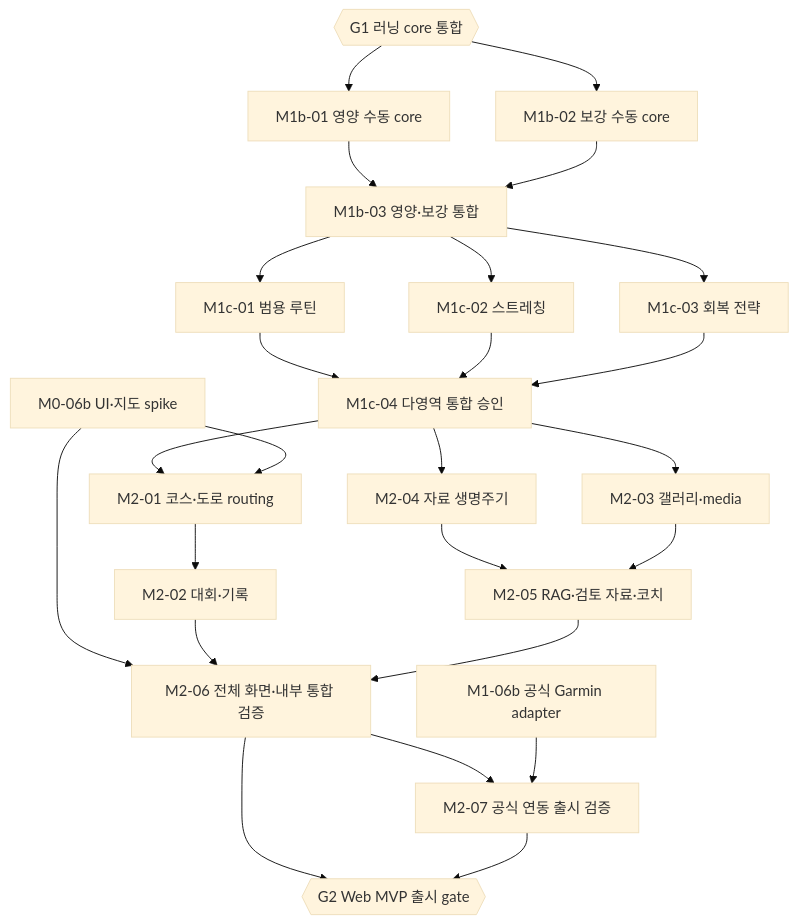
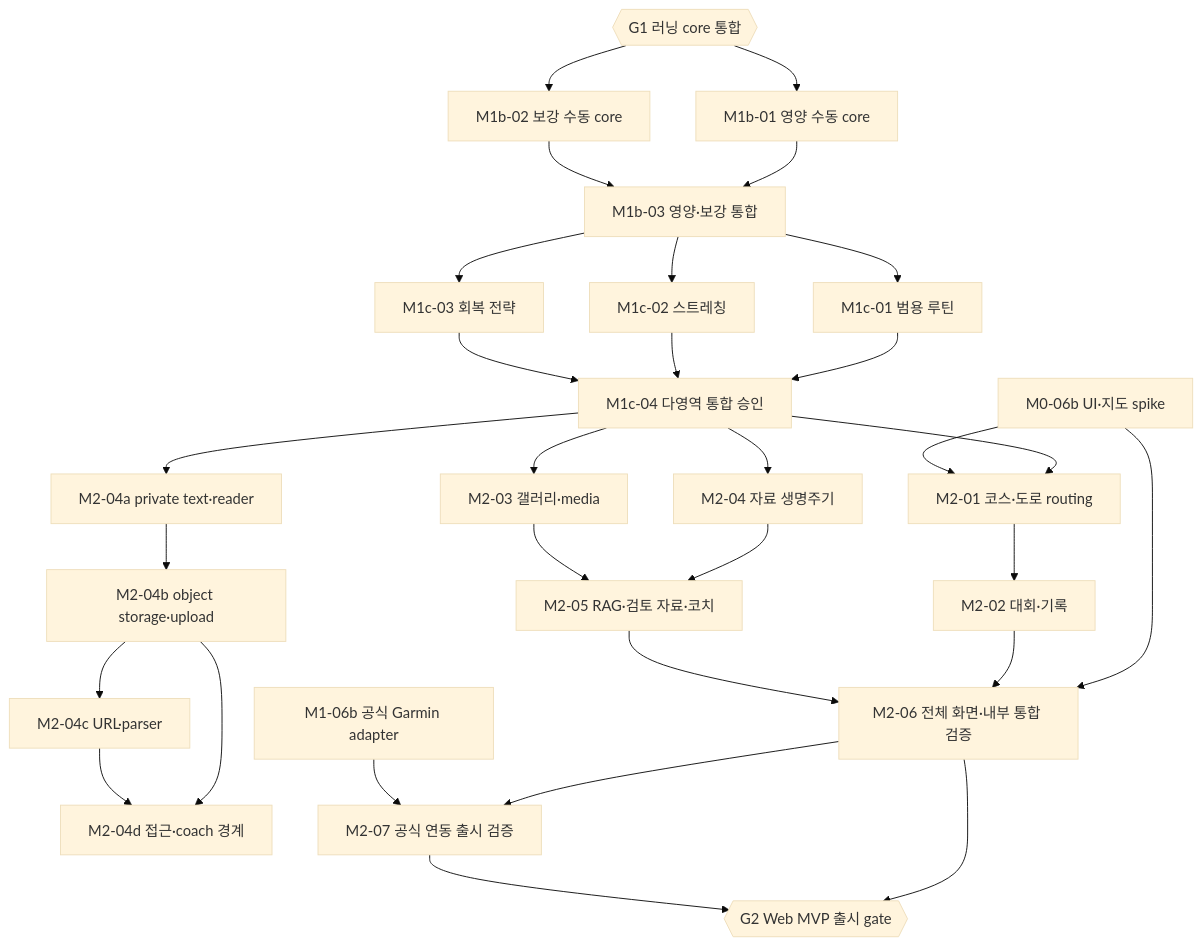
Before and after one commit to peacecheejecake/workout-manager: the second of 3 diagrams in docs/implementation/task-graph.md, drawn with Mermaid (base theme). The commit also changed other lines of this file and 53 other files, not shown here.

Commit message:
feat(resources): add private text resource lifecycle

````diff
--- a/docs/implementation/task-graph.md
+++ b/docs/implementation/task-graph.md
@@ -417,45 +419,54 @@
 ```mermaid
 flowchart TD
     task7["M0-06b UI·지도 spike"]
     task17["M1-06b 공식 Garmin adapter"]
     task18{{"G1 러닝 core 통합"}}
     task19["M1b-01 영양 수동 core"]
     task20["M1b-02 보강 수동 core"]
     task21["M1b-03 영양·보강 통합"]
     task22["M1c-01 범용 루틴"]
     task23["M1c-02 스트레칭"]
     task24["M1c-03 회복 전략"]
     task25["M1c-04 다영역 통합 승인"]
     task26["M2-01 코스·도로 routing"]
     task27["M2-02 대회·기록"]
     task28["M2-03 갤러리·media"]
     task29["M2-04 자료 생명주기"]
+    task29a["M2-04a private text·reader"]
+    task29b["M2-04b object storage·upload"]
+    task29c["M2-04c URL·parser"]
+    task29d["M2-04d 접근·coach 경계"]
     task30["M2-05 RAG·검토 자료·코치"]
     task31["M2-06 전체 화면·내부 통합 검증"]
     task32["M2-07 공식 연동 출시 검증"]
     task33{{"G2 Web MVP 출시 gate"}}
     task18 --> task19
     task18 --> task20
     task19 --> task21
     task20 --> task21
     task21 --> task22
     task21 --> task23
     task21 --> task24
     task22 --> task25
     task23 --> task25
     task24 --> task25
     task25 --> task26
     task7 --> task26
     task26 --> task27
     task25 --> task28
+    task25 --> task29a
+    task29a --> task29b
+    task29b --> task29c
+    task29b --> task29d
+    task29c --> task29d
     task25 --> task29
     task29 --> task30
     task28 --> task30
     task7 --> task31
     task27 --> task31
     task30 --> task31
     task31 --> task32
     task17 --> task32
     task31 --> task33
     task32 --> task33
 ```
````
